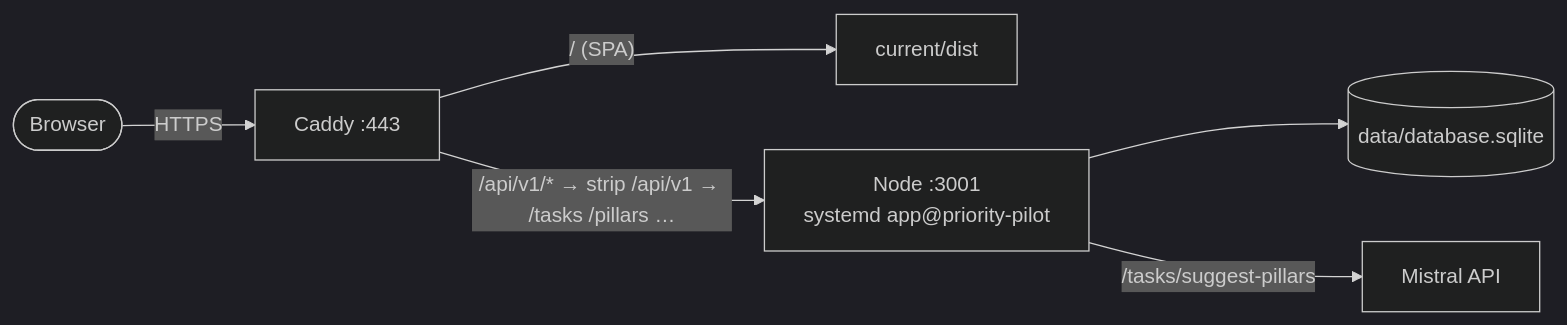
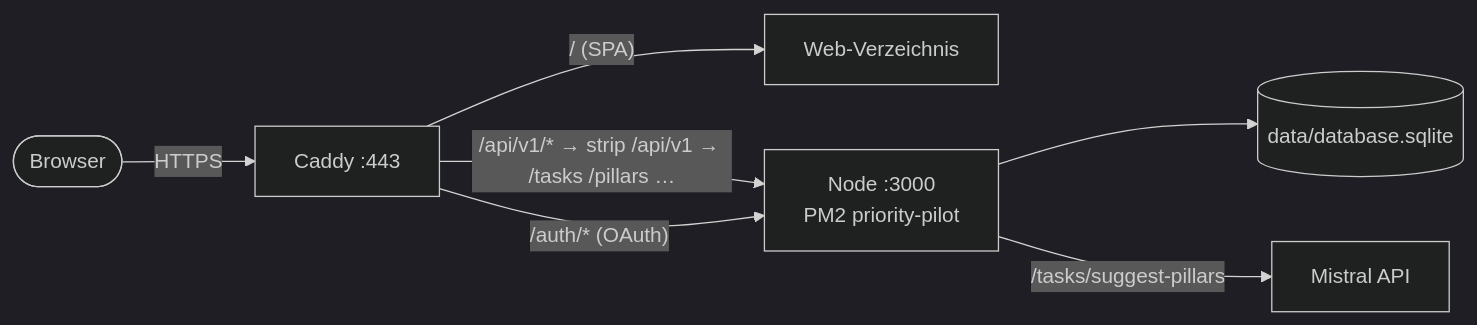
The second of 2 diagrams in docs/server-setup.md (deleonio/priority-pilot), drawn with Mermaid (dark theme) before and after one commit. The commit also changed other lines of this file and 5 other files, not shown here.

````diff
--- a/docs/server-setup.md
+++ b/docs/server-setup.md
@@ -33,8 +27,9 @@
 ```mermaid
 flowchart LR
     user(["Browser"]) -->|HTTPS| caddy["Caddy :443"]
-    caddy -->|"/ (SPA)"| spa["current/dist"]
-    caddy -->|"/api/v1/* → strip /api/v1 → /tasks /pillars …"| node["Node :3001<br/>systemd app@priority-pilot"]
+    caddy -->|"/ (SPA)"| spa["Web-Verzeichnis"]
+    caddy -->|"/api/v1/* → strip /api/v1 → /tasks /pillars …"| node["Node :3000<br/>PM2 priority-pilot"]
+    caddy -->|"/auth/* (OAuth)"| node
     node --> db[("data/database.sqlite")]
     node -->|"/tasks/suggest-pillars"| mistral["Mistral API"]
 ```
````
